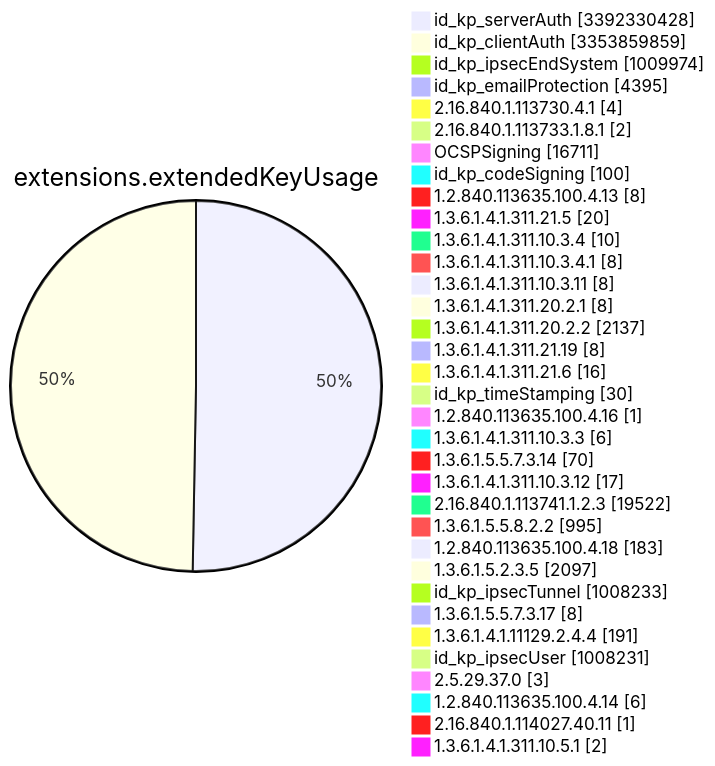
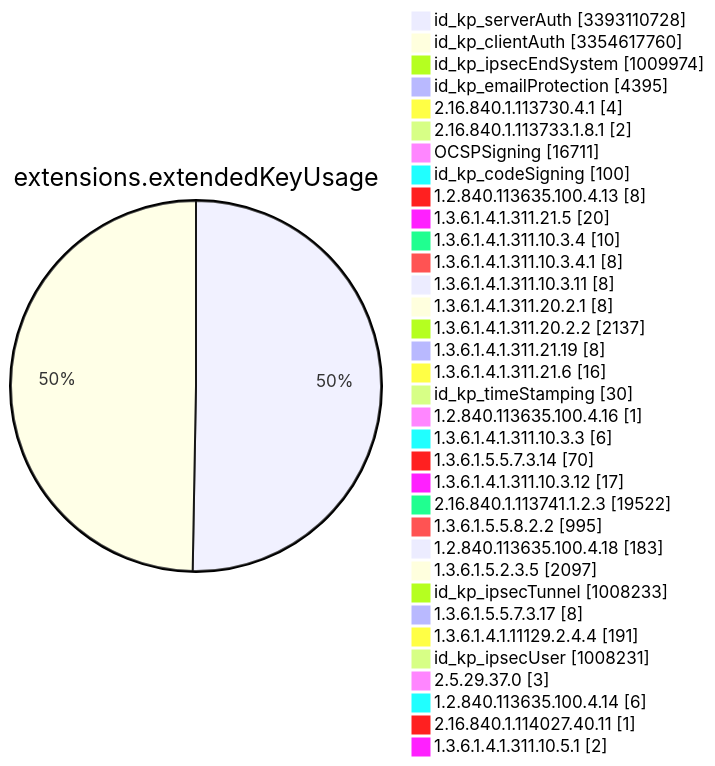
Before and after one commit to christiankrug/ctmonitor_visualization: diagram 11 of 15 in TOTAL/README.md, drawn with Mermaid. The commit also changed other lines of this file, not shown here.

````diff
--- a/TOTAL/README.md
+++ b/TOTAL/README.md
@@ -4121,38 +4121,38 @@
 ```mermaid
 pie showData
 title extensions.extendedKeyUsage
-"id_kp_serverAuth" :3392330428
-"id_kp_clientAuth" :3353859859
+"id_kp_serverAuth" :3393110728
+"id_kp_clientAuth" :3354617760
 "id_kp_ipsecEndSystem" :1009974
 "id_kp_emailProtection" :4395
 "2.16.840.1.113730.4.1" :4
 "2.16.840.1.113733.1.8.1" :2
 "OCSPSigning" :16711
 "id_kp_codeSigning" :100
 "1.2.840.113635.100.4.13" :8
 "1.3.6.1.4.1.311.21.5" :20
 "1.3.6.1.4.1.311.10.3.4" :10
 "1.3.6.1.4.1.311.10.3.4.1" :8
 "1.3.6.1.4.1.311.10.3.11" :8
 "1.3.6.1.4.1.311.20.2.1" :8
 "1.3.6.1.4.1.311.20.2.2" :2137
 "1.3.6.1.4.1.311.21.19" :8
 "1.3.6.1.4.1.311.21.6" :16
 "id_kp_timeStamping" :30
 "1.2.840.113635.100.4.16" :1
 "1.3.6.1.4.1.311.10.3.3" :6
 "1.3.6.1.5.5.7.3.14" :70
 "1.3.6.1.4.1.311.10.3.12" :17
 "2.16.840.1.113741.1.2.3" :19522
 "1.3.6.1.5.5.8.2.2" :995
 "1.2.840.113635.100.4.18" :183
 "1.3.6.1.5.2.3.5" :2097
 "id_kp_ipsecTunnel" :1008233
 "1.3.6.1.5.5.7.3.17" :8
 "1.3.6.1.4.1.11129.2.4.4" :191
 "id_kp_ipsecUser" :1008231
 "2.5.29.37.0" :3
 "1.2.840.113635.100.4.14" :6
 "2.16.840.1.114027.40.11" :1
 "1.3.6.1.4.1.311.10.5.1" :2
 ```
````
